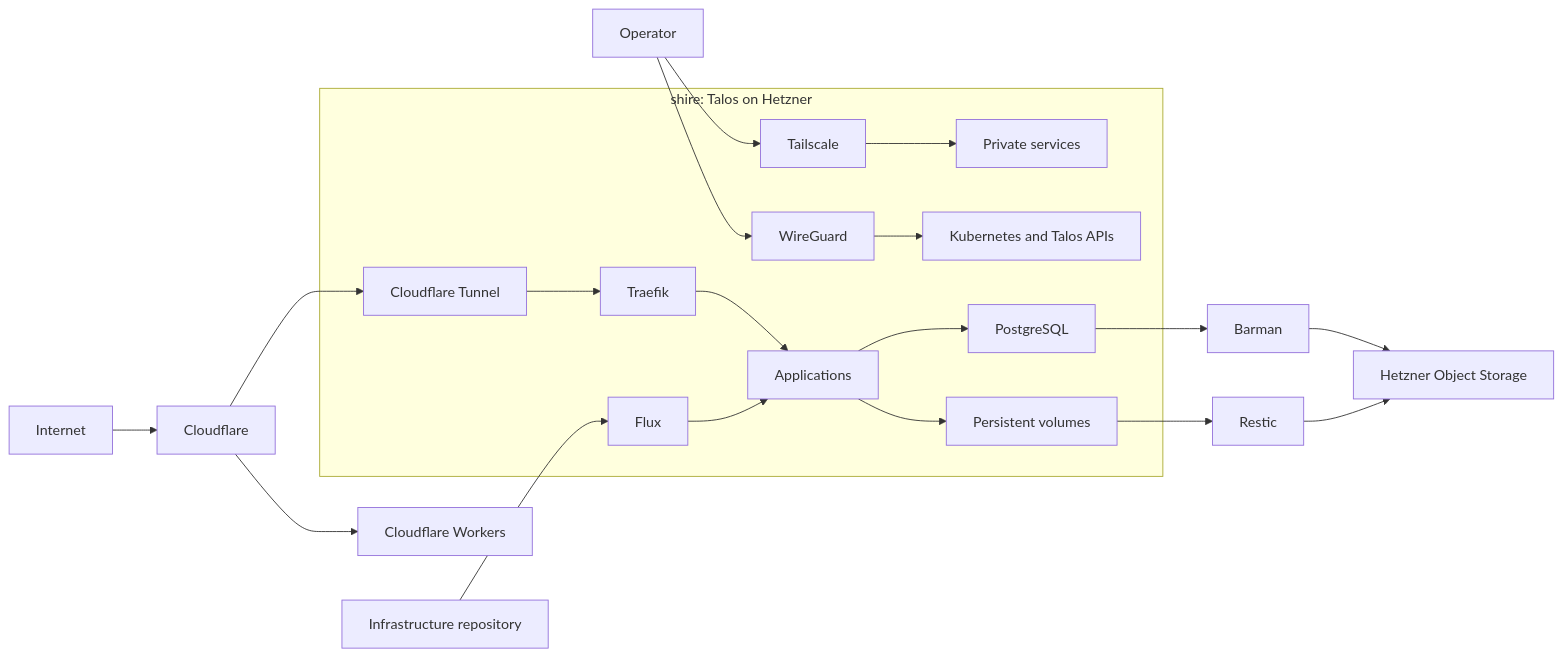
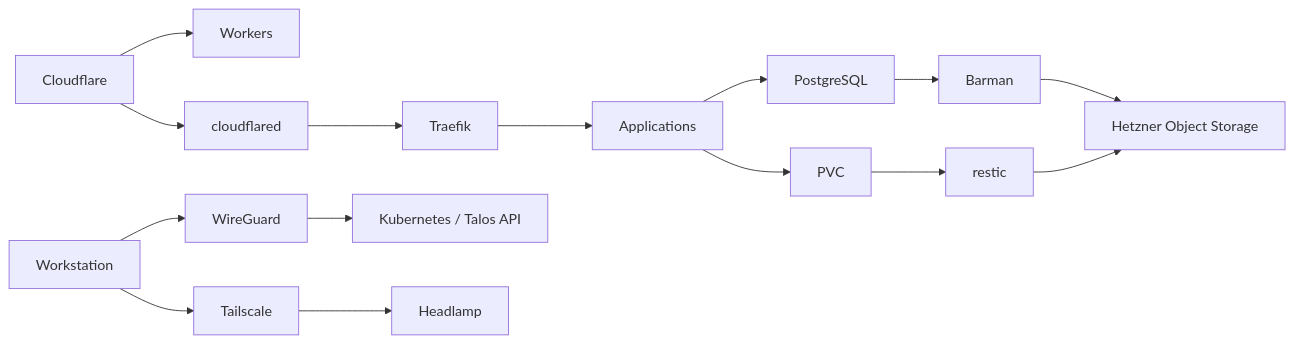
The diagram in README.md (itay-raveh/infra), drawn with Mermaid before and after one commit. The commit also changed other lines of this file and 37 other files, not shown here.

````diff
--- a/README.md
+++ b/README.md
@@ -28,19 +10,9 @@
 ```mermaid
 flowchart LR
-    Internet --> Cloudflare
-    Cloudflare --> Workers[Cloudflare Workers]
-    Cloudflare --> Tunnel[Cloudflare Tunnel]
-    Operator --> WireGuard
-    Operator --> Tailscale
-    Git[Infrastructure repository] --> Flux
-    subgraph Shire[shire: Talos on Hetzner]
-        Tunnel --> Traefik --> App[Applications]
-        Tailscale --> Private[Private services]
-        WireGuard --> APIs[Kubernetes and Talos APIs]
-        Flux --> App
-        App --> PostgreSQL
-        App --> PVC[Persistent volumes]
-    end
-    PostgreSQL --> Barman --> S3[Hetzner Object Storage]
-    PVC --> Restic --> S3
+    Cloudflare --> Workers
+    Cloudflare --> cloudflared --> Traefik --> Applications
+    Workstation --> WireGuard --> APIs[Kubernetes / Talos API]
+    Workstation --> Tailscale --> Headlamp
+    Applications --> PostgreSQL --> Barman --> S3[Hetzner Object Storage]
+    Applications --> PVC --> restic --> S3
 ```
````
